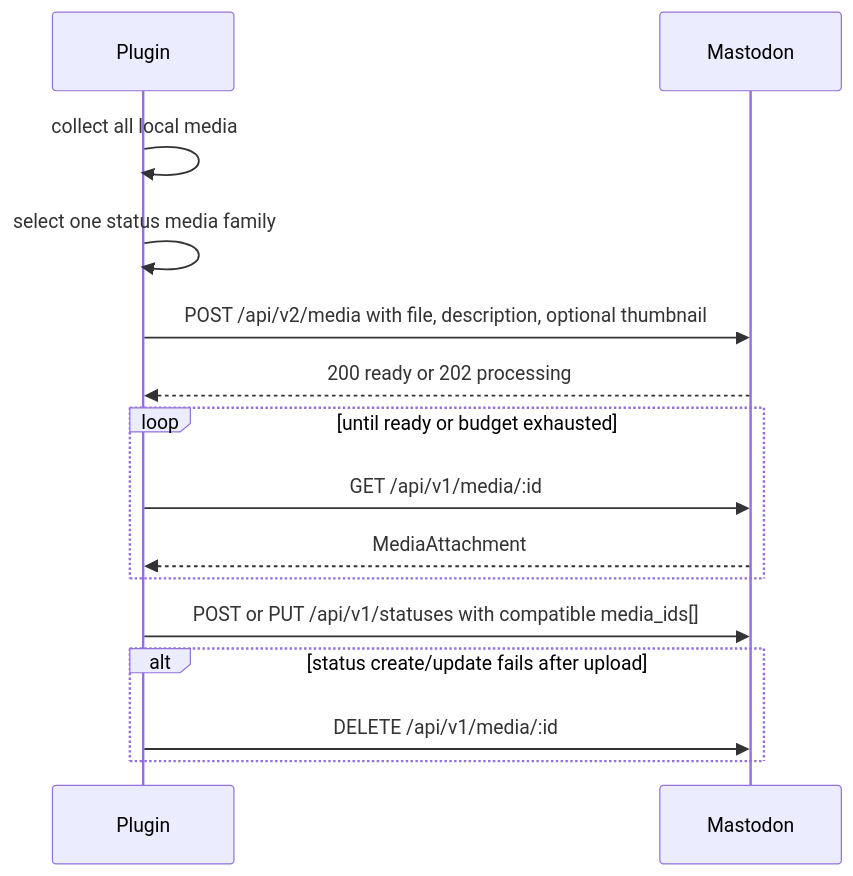
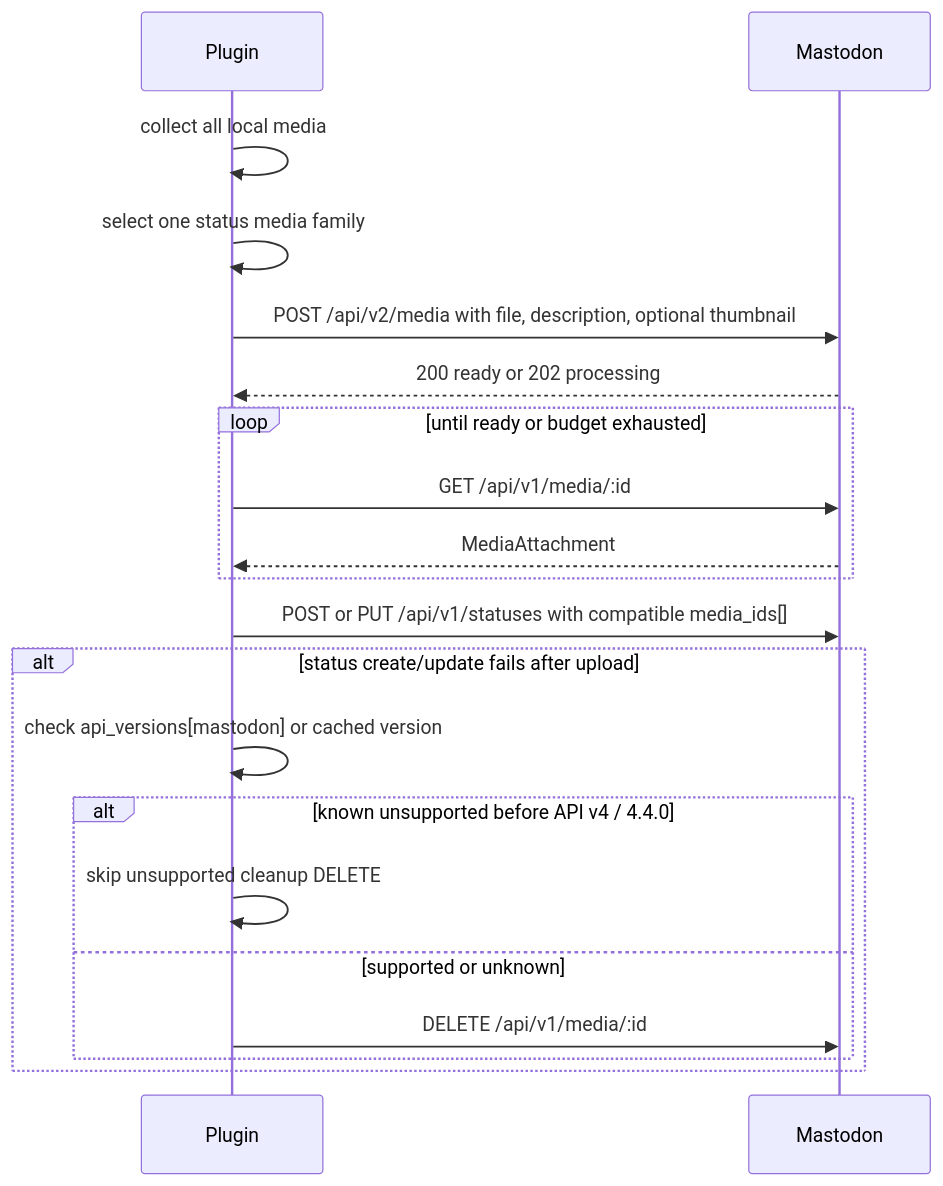
The third of 3 diagrams in fp-plugins/mastodon/developer-docs/04-API-Compatibility.md (flatpressblog/flatpress), drawn with Mermaid before and after one commit. The commit also changed other lines of this file and 27 other files, not shown here.

First line of the commit message:
Mastodon update to version 2.7.0

````diff
--- a/fp-plugins/mastodon/developer-docs/04-API-Compatibility.md
+++ b/fp-plugins/mastodon/developer-docs/04-API-Compatibility.md
@@ -131,17 +153,22 @@
 ```mermaid
 sequenceDiagram
     participant Plugin
     participant Mastodon
     Plugin->>Plugin: collect all local media
     Plugin->>Plugin: select one status media family
     Plugin->>Mastodon: POST /api/v2/media with file, description, optional thumbnail
     Mastodon-->>Plugin: 200 ready or 202 processing
     loop until ready or budget exhausted
         Plugin->>Mastodon: GET /api/v1/media/:id
         Mastodon-->>Plugin: MediaAttachment
     end
     Plugin->>Mastodon: POST or PUT /api/v1/statuses with compatible media_ids[]
     alt status create/update fails after upload
-        Plugin->>Mastodon: DELETE /api/v1/media/:id
+        Plugin->>Plugin: check api_versions[mastodon] or cached version
+        alt known unsupported before API v4 / 4.4.0
+            Plugin->>Plugin: skip unsupported cleanup DELETE
+        else supported or unknown
+            Plugin->>Mastodon: DELETE /api/v1/media/:id
+        end
     end
 ```
````
